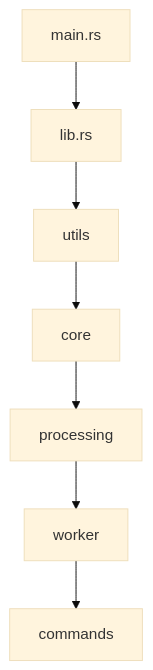
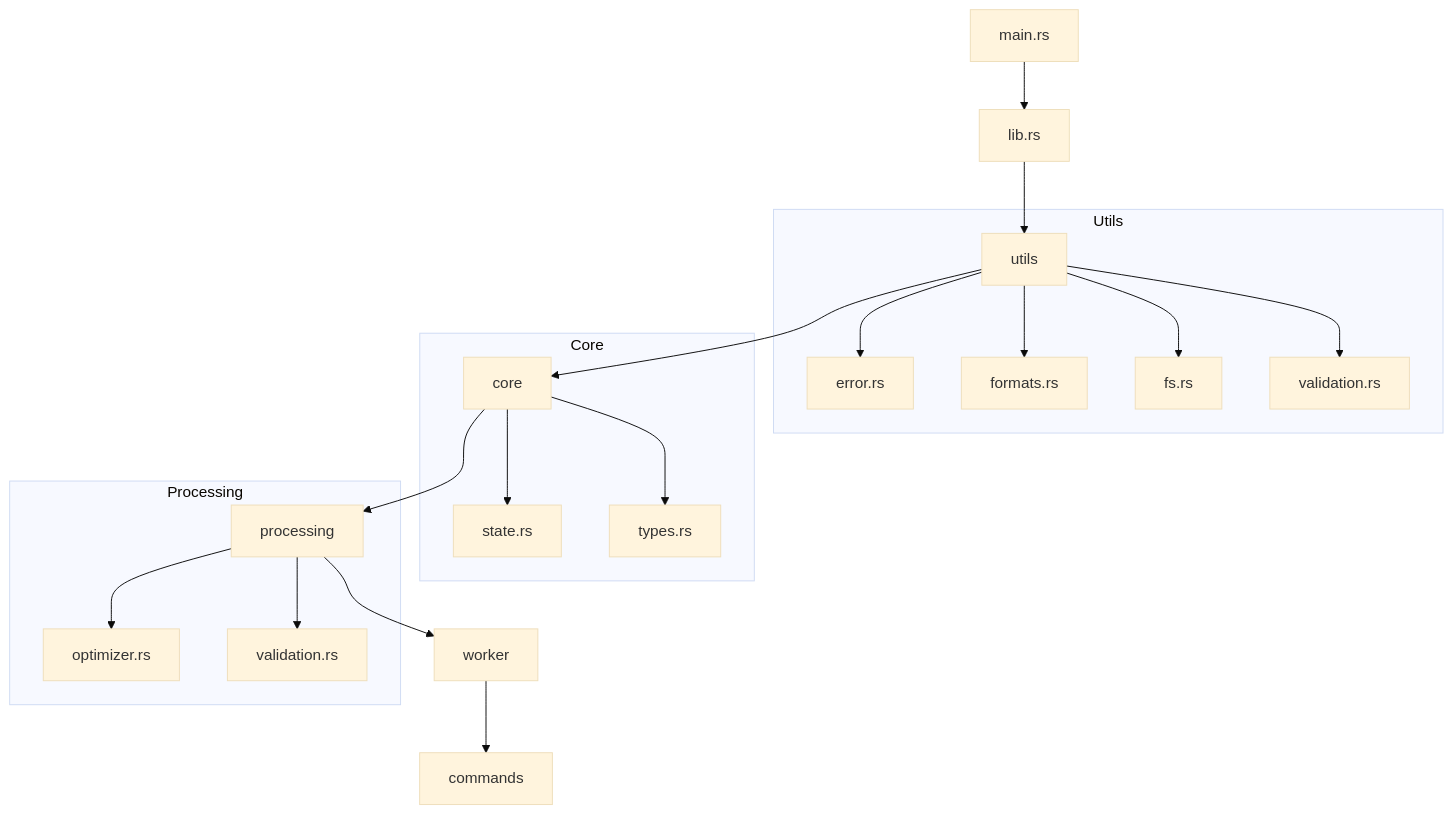
Before and after one commit to MogensenJesse/image-optimizer: the first of 2 diagrams in BACKEND.md, drawn with Mermaid (base theme). The commit also changed other lines of this file and 1 other file, not shown here.

````diff
--- a/BACKEND.md
+++ b/BACKEND.md
@@ -50,9 +80,26 @@
 ```mermaid
 graph TD
     A[main.rs] --> B[lib.rs]
     B --> C[utils]
     C --> D[core]
     D --> E[processing]
     E --> F[worker]
     F --> G[commands]
+
+    subgraph Utils
+        C --> H[error.rs]
+        C --> I[formats.rs]
+        C --> J[fs.rs]
+        C --> K[validation.rs]
+    end
+
+    subgraph Core
+        D --> L[state.rs]
+        D --> M[types.rs]
+    end
+
+    subgraph Processing
+        E --> N[optimizer.rs]
+        E --> O[validation.rs]
+    end
 ```
````
